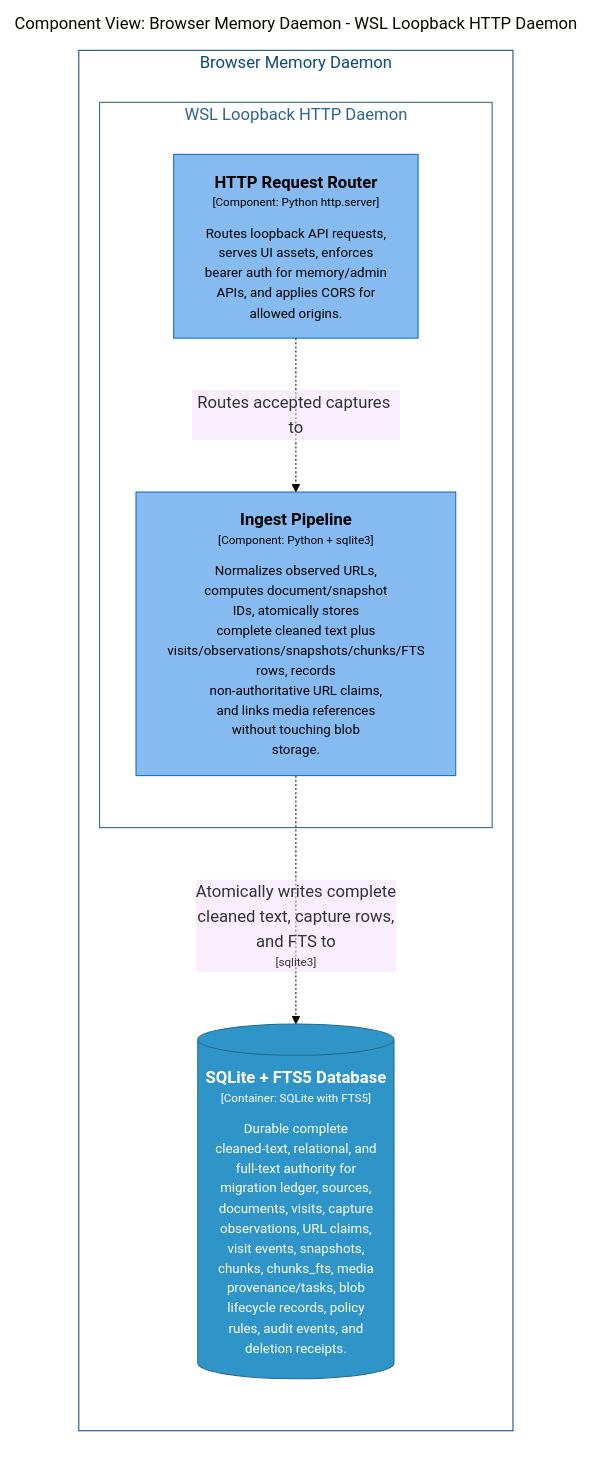
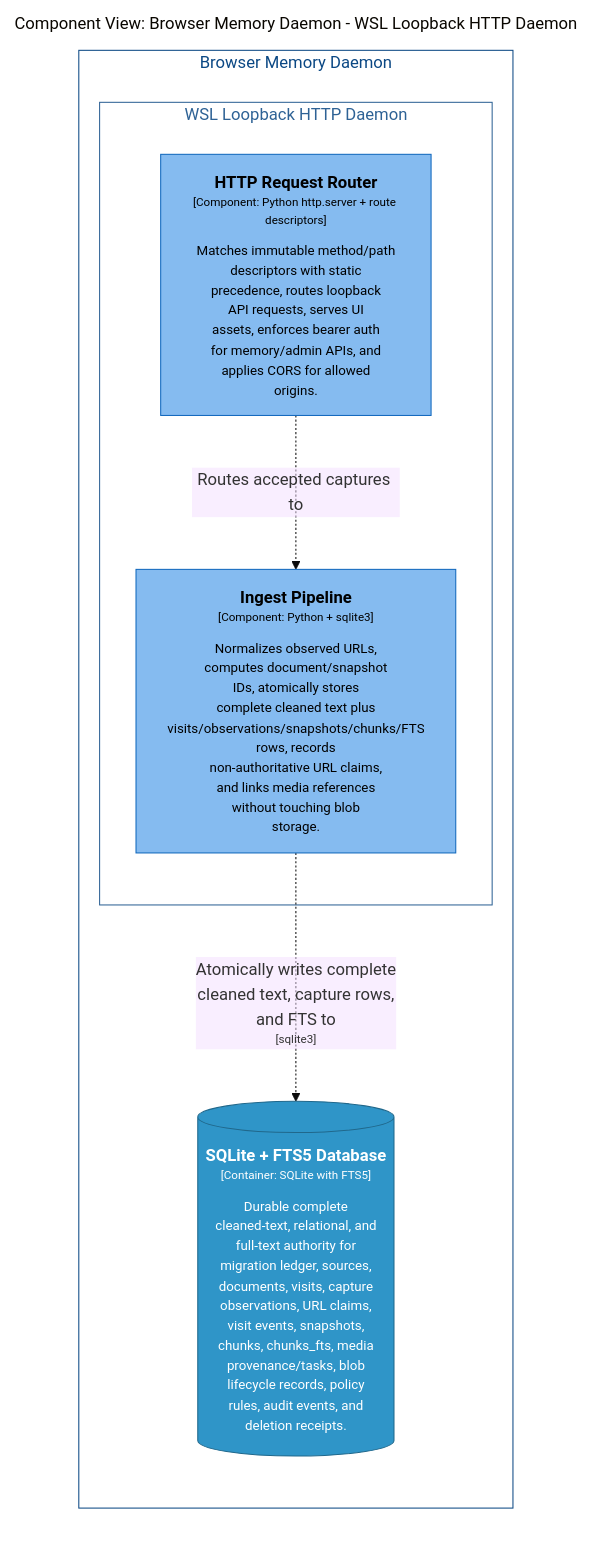
The diagram in docs/architecture/diagrams/markdown/DaemonIngestComponents.md (michaelnicks0/browser-memory-daemon), drawn with Mermaid (base theme) before and after one commit. The commit also changed 93 other files, not shown here.

Commit message:
refactor(http): add compatible route descriptors

````diff
--- a/docs/architecture/diagrams/markdown/DaemonIngestComponents.md
+++ b/docs/architecture/diagrams/markdown/DaemonIngestComponents.md
@@ -16,28 +16,28 @@
 ```mermaid
 graph LR
   linkStyle default fill:#ffffff
 
   subgraph diagram ["Component View: Browser Memory Daemon - WSL Loopback HTTP Daemon"]
     style diagram fill:#ffffff,stroke:#ffffff
 
     subgraph 4 ["Browser Memory Daemon"]
       style 4 fill:#ffffff,stroke:#0b4884,color:#0b4884
 
       subgraph 22 ["WSL Loopback HTTP Daemon"]
         style 22 fill:#ffffff,stroke:#2e6295,color:#2e6295
 
-        23["<div style='font-weight: bold'>HTTP Request Router</div><div style='font-size: 70%; margin-top: 0px'>[Component: Python http.server]</div><div style='font-size: 80%; margin-top:10px'>Routes loopback API requests,<br />serves UI assets, enforces<br />bearer auth for memory/admin<br />APIs, and applies CORS for<br />allowed origins.</div>"]
+        23["<div style='font-weight: bold'>HTTP Request Router</div><div style='font-size: 70%; margin-top: 0px'>[Component: Python http.server + route descriptors]</div><div style='font-size: 80%; margin-top:10px'>Matches immutable method/path<br />descriptors with static<br />precedence, routes loopback<br />API requests, serves UI<br />assets, enforces bearer auth<br />for memory/admin APIs, and<br />applies CORS for allowed<br />origins.</div>"]
         style 23 fill:#85bbf0,stroke:#1168bd,color:#000000
         27["<div style='font-weight: bold'>Ingest Pipeline</div><div style='font-size: 70%; margin-top: 0px'>[Component: Python + sqlite3]</div><div style='font-size: 80%; margin-top:10px'>Normalizes observed URLs,<br />computes document/snapshot<br />IDs, atomically stores<br />complete cleaned text plus<br />visits/observations/snapshots/chunks/FTS<br />rows, records<br />non-authoritative URL claims,<br />and links media references<br />without touching blob<br />storage.</div>"]
         style 27 fill:#85bbf0,stroke:#1168bd,color:#000000
       end
 
       47[("<div style='font-weight: bold'>SQLite + FTS5 Database</div><div style='font-size: 70%; margin-top: 0px'>[Container: SQLite with FTS5]</div><div style='font-size: 80%; margin-top:10px'>Durable complete<br />cleaned-text, relational, and<br />full-text authority for<br />migration ledger, sources,<br />documents, visits, capture<br />observations, URL claims,<br />visit events, snapshots,<br />chunks, chunks_fts, media<br />provenance/tasks, blob<br />lifecycle records, policy<br />rules, audit events, and<br />deletion receipts.</div>")]
       style 47 fill:#2f95c8,stroke:#20688c,color:#ffffff
     end
 
     23-. "<div>Routes accepted captures to</div><div style='font-size: 70%'></div>" .->27
     27-. "<div>Atomically writes complete<br />cleaned text, capture rows,<br />and FTS to</div><div style='font-size: 70%'>[sqlite3]</div>" .->47
 
   end
 ```
````
